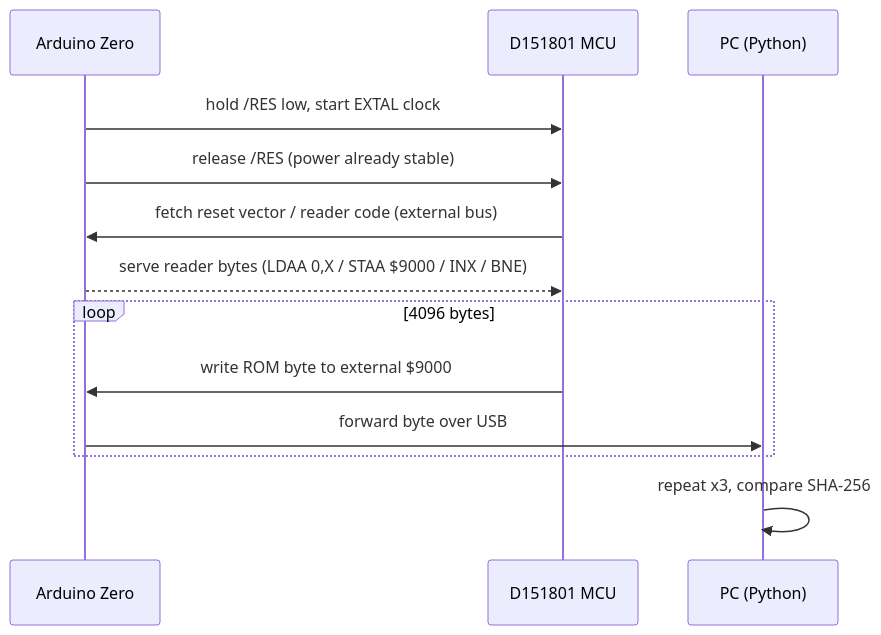
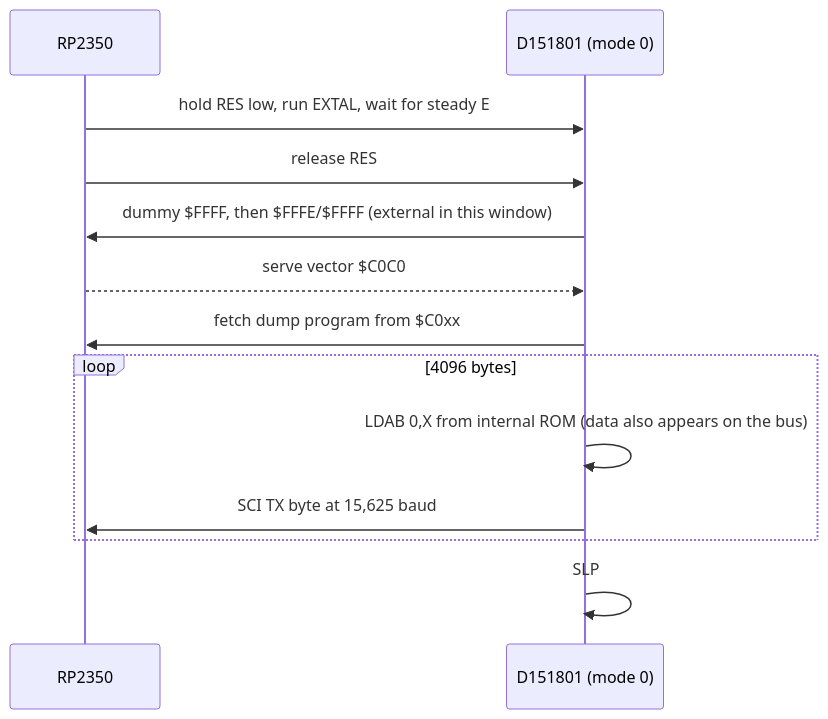
One commit to kurt-culley/Toyota-PCM-hacking changed the third of 4 diagrams in docs/RE_PLAN.md. Above: the diagram before and after it, drawn with Mermaid. The commit also changed other lines of this file and 8 other files, not shown here.

````diff
--- a/docs/RE_PLAN.md
+++ b/docs/RE_PLAN.md
@@ -286,15 +292,15 @@
 ```mermaid
 sequenceDiagram
-  participant Z as Arduino Zero
-  participant M as D151801 MCU
-  participant P as PC (Python)
-  Z->>M: hold /RES low, start EXTAL clock
-  Z->>M: release /RES (power already stable)
-  M->>Z: fetch reset vector / reader code (external bus)
-  Z-->>M: serve reader bytes (LDAA 0,X / STAA $9000 / INX / BNE)
+  participant R as RP2350
+  participant M as D151801 (mode 0)
+  R->>M: hold RES low, run EXTAL, wait for steady E
+  R->>M: release RES
+  M->>R: dummy $FFFF, then $FFFE/$FFFF (external in this window)
+  R-->>M: serve vector $C0C0
+  M->>R: fetch dump program from $C0xx
   loop 4096 bytes
-    M->>Z: write ROM byte to external $9000
-    Z->>P: forward byte over USB
+    M->>M: LDAB 0,X from internal ROM (data also appears on the bus)
+    M->>R: SCI TX byte at 15,625 baud
   end
-  P->>P: repeat x3, compare SHA-256
+  M->>M: SLP
 ```
````
